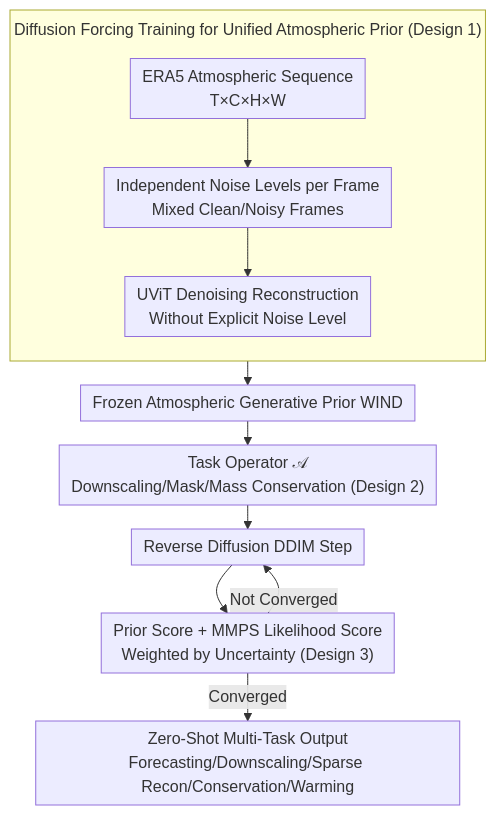
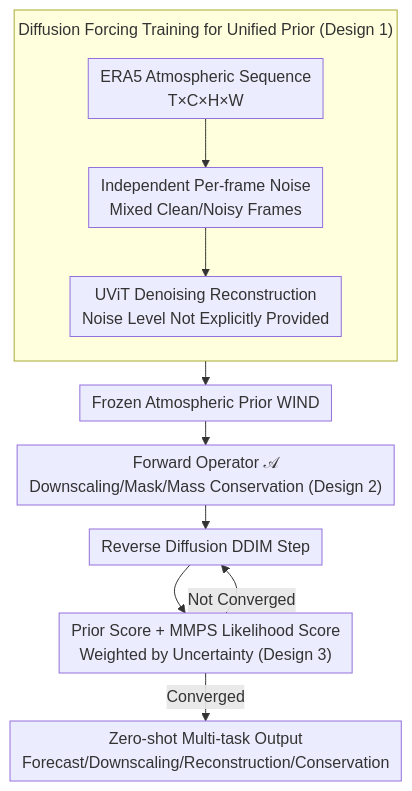
One commit to zhaoyang97/Paper-Notes-en changed the diagram in docs/ICML2026/video_generation/wind_weather_inverse_diffusion_for_zero-shot_atmospheric_modeling.md. Above: the diagram before and after it, drawn with Mermaid. The commit also changed other lines of this file and 5084 other files, not shown here.

````diff
--- a/docs/ICML2026/video_generation/wind_weather_inverse_diffusion_for_zero-shot_atmospheric_modeling.md
+++ b/docs/ICML2026/video_generation/wind_weather_inverse_diffusion_for_zero-shot_atmospheric_modeling.md
@@ -46,15 +46,15 @@
 ```mermaid
 %%{init: {'flowchart': {'rankSpacing': 24, 'nodeSpacing': 28, 'padding': 6, 'wrappingWidth': 400, 'subGraphTitleMargin': {'top': 8, 'bottom': 16}}}}%%
 flowchart TD
-    subgraph TRAIN["Diffusion Forcing Training for Unified Atmospheric Prior (Design 1)"]
+    subgraph TRAIN["Diffusion Forcing Training for Unified Prior (Design 1)"]
         direction TB
-        A["ERA5 Atmospheric Sequence<br/>T×C×H×W"] --> B["Independent Noise Levels per Frame<br/>Mixed Clean/Noisy Frames"]
-        B --> C["UViT Denoising Reconstruction<br/>Without Explicit Noise Level"]
+        A["ERA5 Atmospheric Sequence<br/>T×C×H×W"] --> B["Independent Per-frame Noise<br/>Mixed Clean/Noisy Frames"]
+        B --> C["UViT Denoising Reconstruction<br/>Noise Level Not Explicitly Provided"]
     end
-    C --> D["Frozen Atmospheric Generative Prior WIND"]
-    D --> E["Task Operator 𝒜<br/>Downscaling/Mask/Mass Conservation (Design 2)"]
+    C --> D["Frozen Atmospheric Prior WIND"]
+    D --> E["Forward Operator 𝒜<br/>Downscaling/Mask/Mass Conservation (Design 2)"]
     E --> F["Reverse Diffusion DDIM Step"]
     F --> G["Prior Score + MMPS Likelihood Score<br/>Weighted by Uncertainty (Design 3)"]
     G -->|Not Converged| F
-    G -->|Converged| H["Zero-Shot Multi-Task Output<br/>Forecasting/Downscaling/Sparse Recon/Conservation/Warming"]
+    G -->|Converged| H["Zero-shot Multi-task Output<br/>Forecast/Downscaling/Reconstruction/Conservation"]
 ```
````
